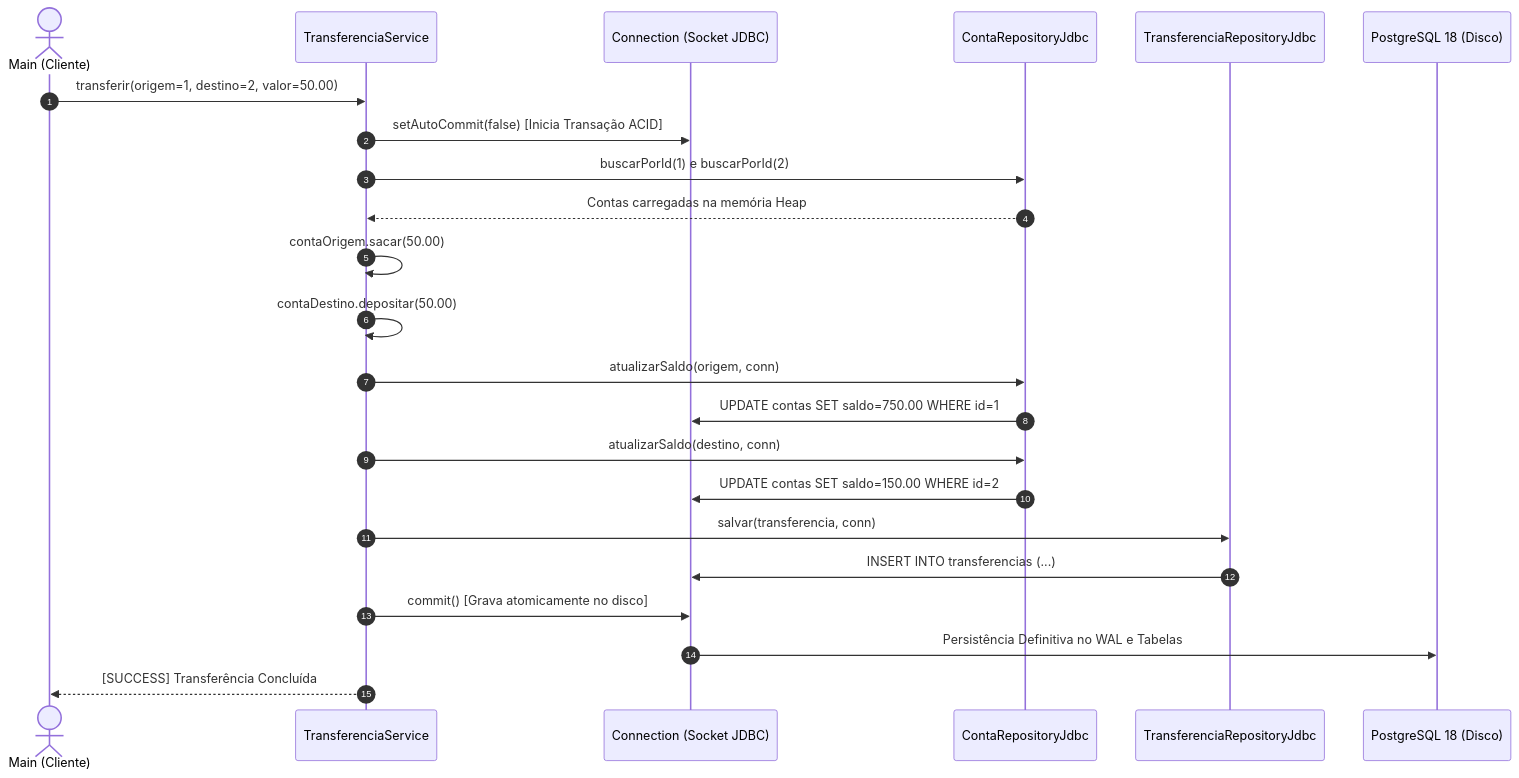
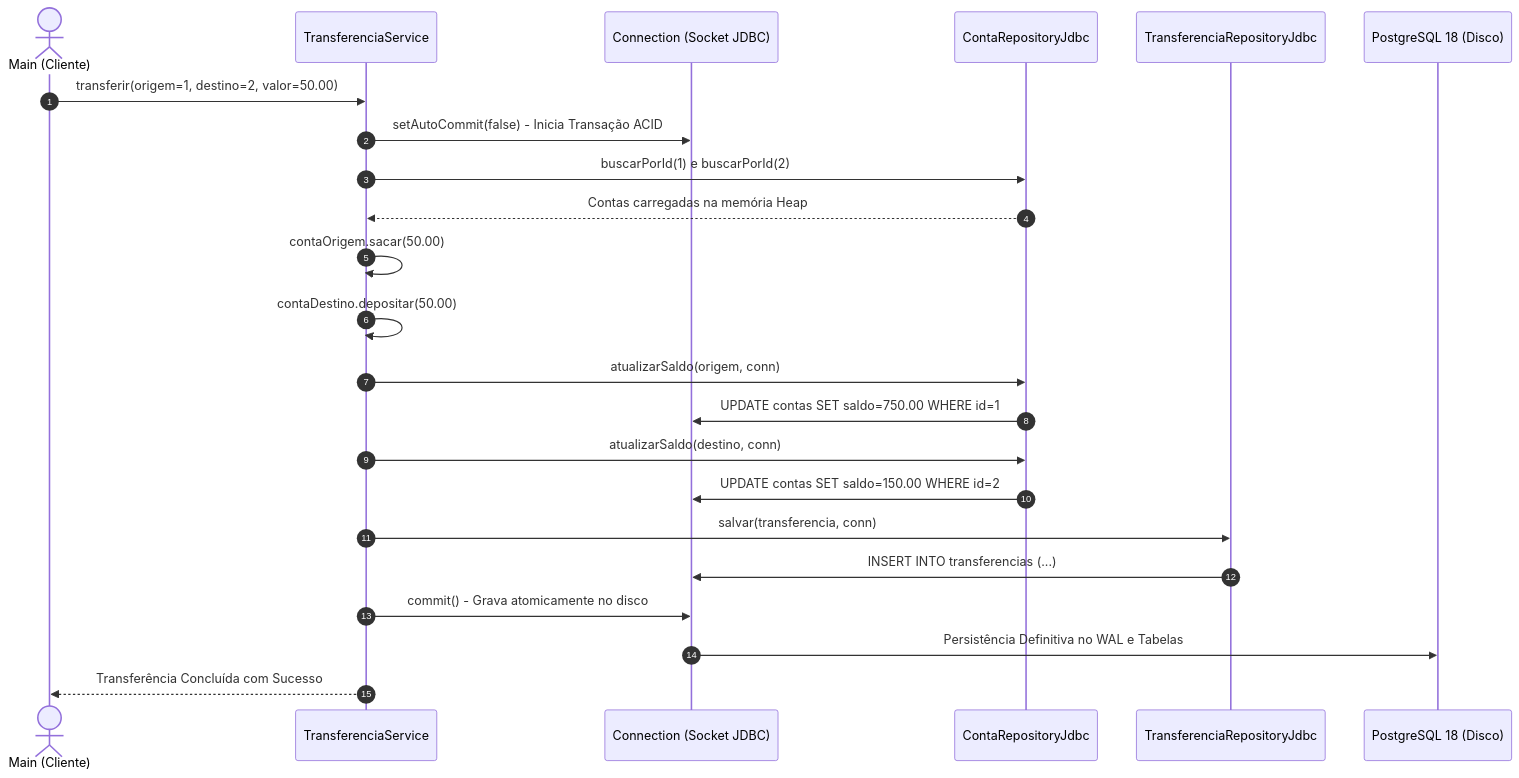
One commit to applephoria/TransactCore-Java changed the second of 2 diagrams in README.md. Above: the diagram before and after it, drawn with Mermaid. The commit also changed 3 other files, not shown here.

Commit message:
fix(docs): corrigir sintaxe do mermaid nos diagramas arquiteturais e de sequencia

````diff
--- a/README.md
+++ b/README.md
@@ -123,32 +123,32 @@
 ```mermaid
 sequenceDiagram
     autonumber
     actor Caller as Main (Cliente)
     participant Service as TransferenciaService
     participant Conn as Connection (Socket JDBC)
     participant CRepo as ContaRepositoryJdbc
     participant TRepo as TransferenciaRepositoryJdbc
     participant Disk as PostgreSQL 18 (Disco)
 
     Caller->>Service: transferir(origem=1, destino=2, valor=50.00)
-    Service->>Conn: setAutoCommit(false) [Inicia Transação ACID]
+    Service->>Conn: setAutoCommit(false) - Inicia Transação ACID
     
     Service->>CRepo: buscarPorId(1) e buscarPorId(2)
     CRepo-->>Service: Contas carregadas na memória Heap
     
     Service->>Service: contaOrigem.sacar(50.00)
     Service->>Service: contaDestino.depositar(50.00)
     
     Service->>CRepo: atualizarSaldo(origem, conn)
     CRepo->>Conn: UPDATE contas SET saldo=750.00 WHERE id=1
     
     Service->>CRepo: atualizarSaldo(destino, conn)
     CRepo->>Conn: UPDATE contas SET saldo=150.00 WHERE id=2
     
     Service->>TRepo: salvar(transferencia, conn)
     TRepo->>Conn: INSERT INTO transferencias (...)
     
-    Service->>Conn: commit() [Grava atomicamente no disco]
+    Service->>Conn: commit() - Grava atomicamente no disco
     Conn->>Disk: Persistência Definitiva no WAL e Tabelas
-    Service-->>Caller: [SUCCESS] Transferência Concluída
+    Service-->>Caller: Transferência Concluída com Sucesso
 ```
````
